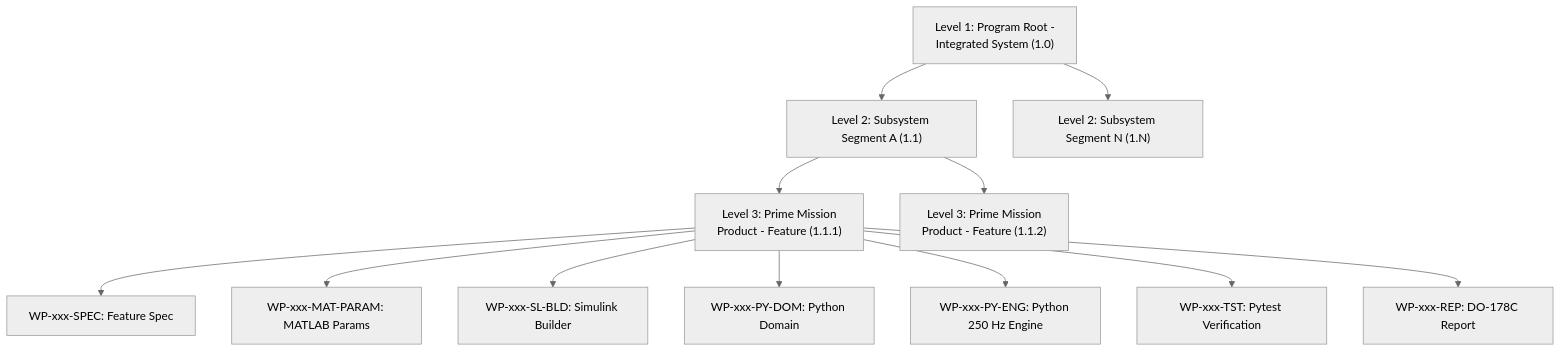
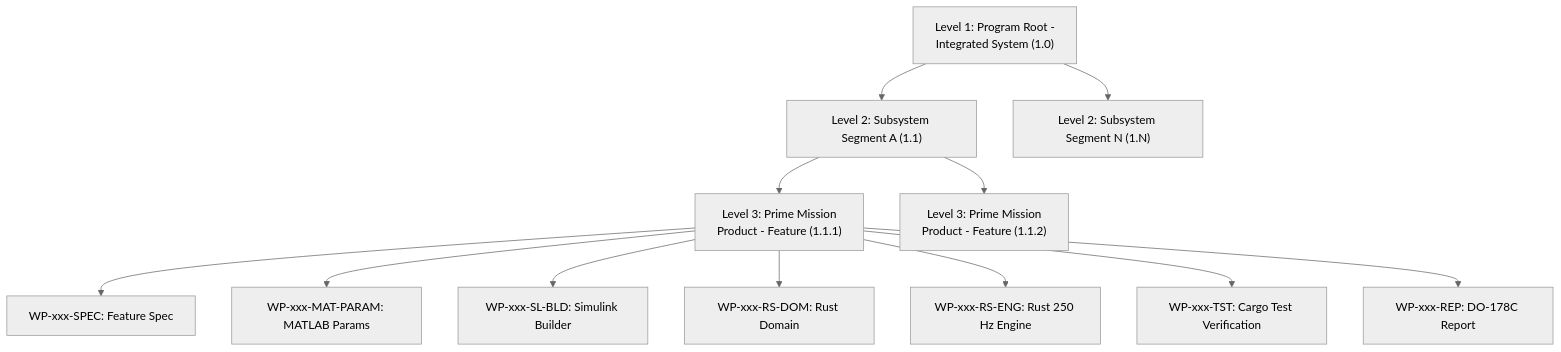
The second of 3 diagrams in skills/spec-wbs-engineering/SKILL.md (gintatkinson/DEAP01-spec-core), drawn with Mermaid (neutral theme) before and after one commit. The commit also changed other lines of this file and 162 other files, not shown here.

````diff
--- a/skills/spec-wbs-engineering/SKILL.md
+++ b/skills/spec-wbs-engineering/SKILL.md
@@ -103,28 +103,28 @@
 ```mermaid
 flowchart TD
     L1["Level 1: Program Root -<br/>Integrated System (1.0)"]
     L2_1["Level 2: Subsystem Segment A (1.1)"]
     L2_N["Level 2: Subsystem Segment N (1.N)"]
     L3_1["Level 3: Prime Mission<br/>Product - Feature (1.1.1)"]
     L3_2["Level 3: Prime Mission<br/>Product - Feature (1.1.2)"]
     
     L4_SPEC["WP-xxx-SPEC: Feature Spec"]
     L4_MAT["WP-xxx-MAT-PARAM: MATLAB Params"]
     L4_SL["WP-xxx-SL-BLD: Simulink Builder"]
-    L4_DOM["WP-xxx-PY-DOM: Python Domain"]
-    L4_ENG["WP-xxx-PY-ENG: Python 250 Hz Engine"]
-    L4_TST["WP-xxx-TST: Pytest Verification"]
+    L4_DOM["WP-xxx-RS-DOM: Rust Domain"]
+    L4_ENG["WP-xxx-RS-ENG: Rust 250 Hz Engine"]
+    L4_TST["WP-xxx-TST: Cargo Test Verification"]
     L4_REP["WP-xxx-REP: DO-178C Report"]
 
     L1 --> L2_1
     L1 --> L2_N
     L2_1 --> L3_1
     L2_1 --> L3_2
     L3_1 --> L4_SPEC
     L3_1 --> L4_MAT
     L3_1 --> L4_SL
     L3_1 --> L4_DOM
     L3_1 --> L4_ENG
     L3_1 --> L4_TST
     L3_1 --> L4_REP
 ```
````
